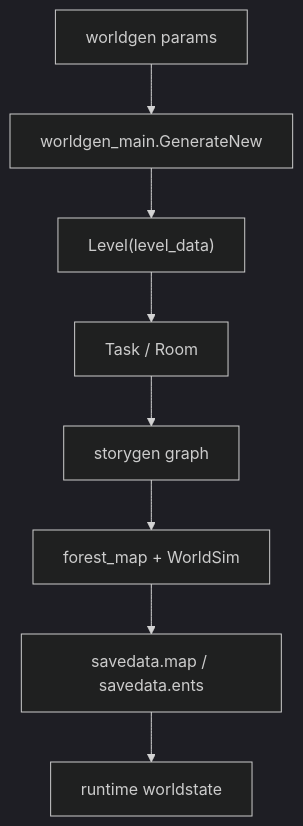
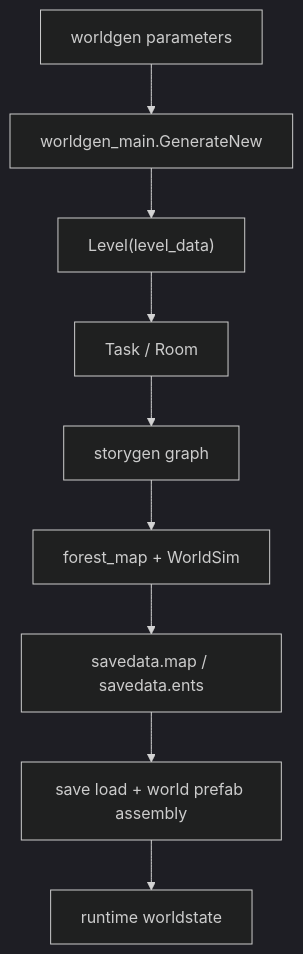
The diagram in dst-scripts/index/0x5000-world-simulation/README.md (LetsStarveTogether/dst-server), drawn with Mermaid (dark theme) before and after one commit. The commit also changed other lines of this file and 83 other files, not shown here.

```diff
--- a/dst-scripts/index/0x5000-world-simulation/README.md
+++ b/dst-scripts/index/0x5000-world-simulation/README.md
@@ -28,11 +28,12 @@
 ~~~mermaid
 flowchart TD
-    A["worldgen params"]
+    A["worldgen parameters"]
     A --> B["worldgen_main.GenerateNew"]
     B --> C["Level(level_data)"]
     C --> D["Task / Room"]
     D --> E["storygen graph"]
     E --> F["forest_map + WorldSim"]
     F --> G["savedata.map / savedata.ents"]
-    G --> H["runtime worldstate"]
+    G --> H["save load + world prefab assembly"]
+    H --> I["runtime worldstate"]
 ~~~
```
